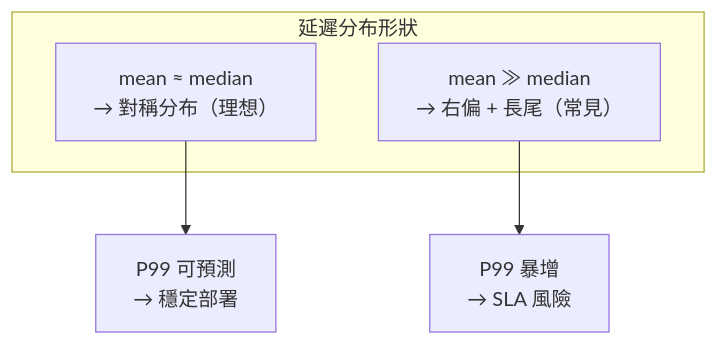
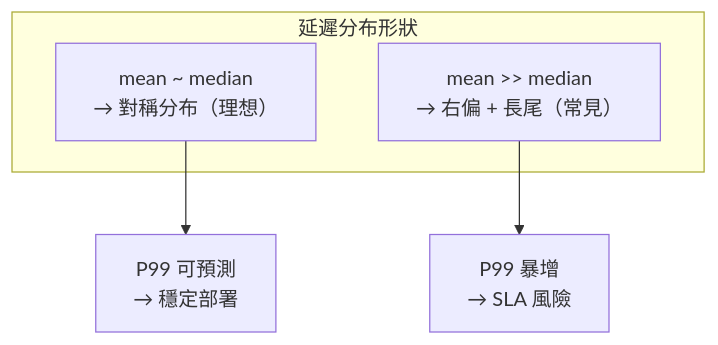
The second of 2 diagrams in book/src/benchmark/metrics.md (wizardhsiehcom/tensorrt), drawn with Mermaid before and after one commit. The commit also changed other lines of this file and 14 other files, not shown here.

````diff
--- a/book/src/benchmark/metrics.md
+++ b/book/src/benchmark/metrics.md
@@ -46,9 +48,9 @@
 ```mermaid
 graph TD
     subgraph "延遲分布形狀"
-        A["mean ≈ median<br/>→ 對稱分布（理想）"]
-        B["mean ≫ median<br/>→ 右偏 + 長尾（常見）"]
+        A["mean ~ median\n→ 對稱分布（理想）"]
+        B["mean >> median\n→ 右偏 + 長尾（常見）"]
     end
-    B --> C["P99 暴增<br/>→ SLA 風險"]
-    A --> D["P99 可預測<br/>→ 穩定部署"]
+    B --> C["P99 暴增\n→ SLA 風險"]
+    A --> D["P99 可預測\n→ 穩定部署"]
 ```
````
